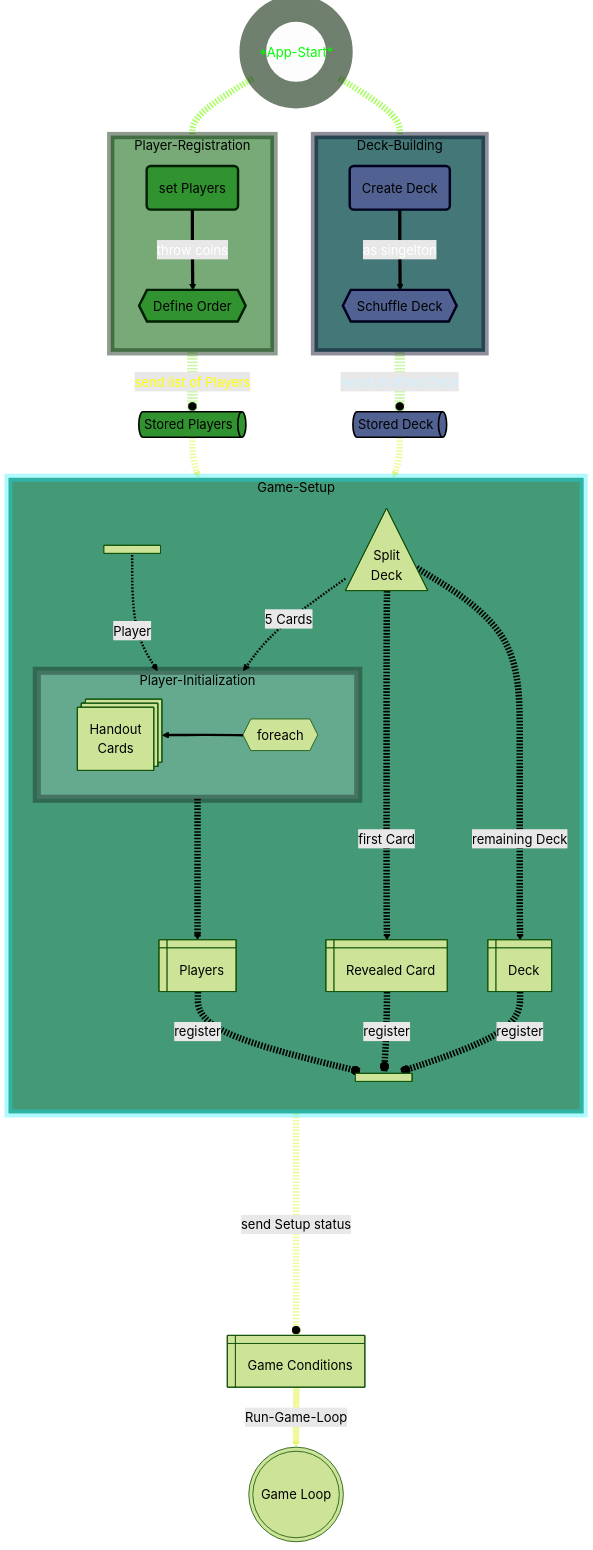
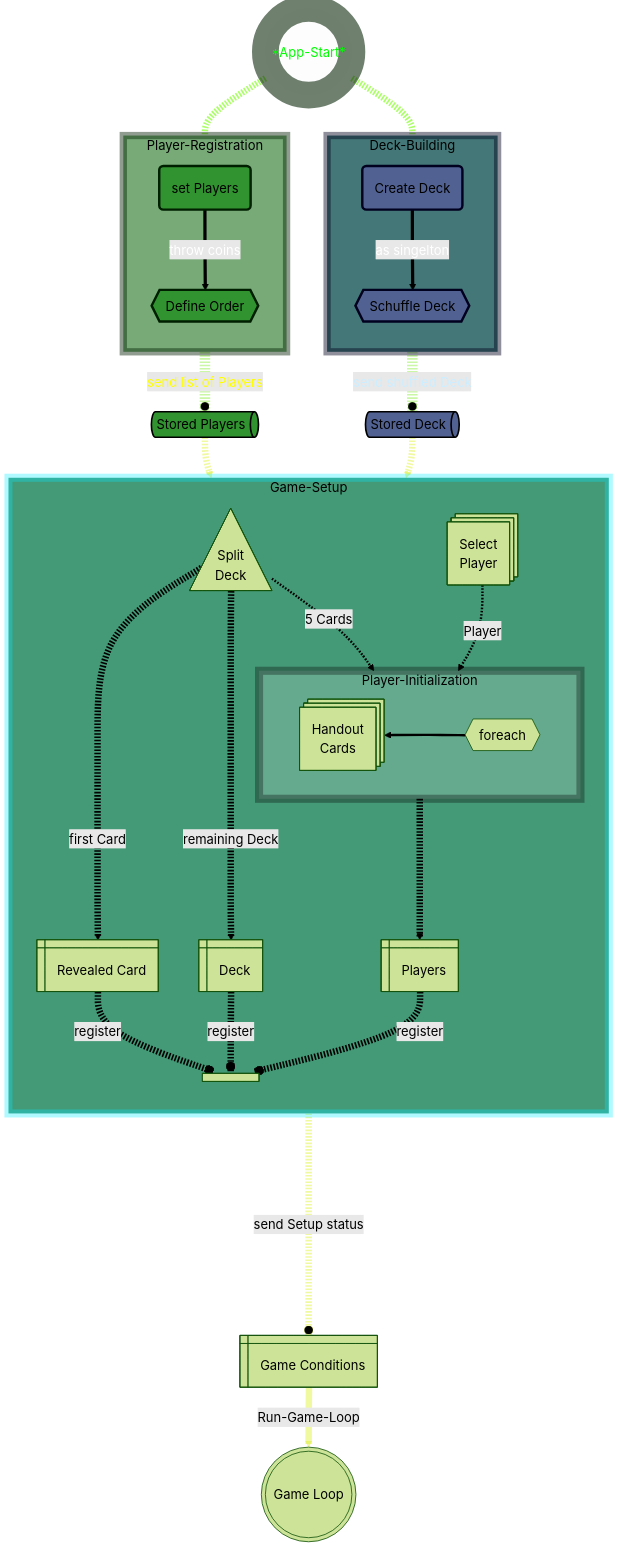
One commit to IxI-Enki/PoseUebung-016 changed the diagram in README.md. Above: the diagram before and after it, drawn with Mermaid (forest theme).

```diff
--- a/README.md
+++ b/README.md
@@ -22,10 +22,11 @@
     fxDck[        Stored Deck     ]@{ shape: h-cyl    }
     strt[         *App-Start*     ]@{ shape: circle   }
     init[         i               ]@{ shape: fork     }
-    ip[           i               ]@{ shape: fork     }
     e[            foreach         ]@{ shape: hex }
     d[            Deck            ]@{ shape: win-pane }
          
+
+         ip@{ shape: st-rect, label: "Select\n Player"  }
          id@{ shape: tri,     label: "Split\n Deck"  }
     hndPlyr@{ shape: st-rect, label: "Handout\nCards" }
     
@@ -79,8 +80,8 @@
       direction TB 
 
     %% PLAYER INIT:
+      id -.-> | 5 Cards | Player-Initialization 
       ip -.-> | Player  | Player-Initialization
-      id -.-> | 5 Cards | Player-Initialization 
         linkStyle 8,9 stroke:#000, stroke-width:3px;
 
         subgraph Player-Initialization
```
